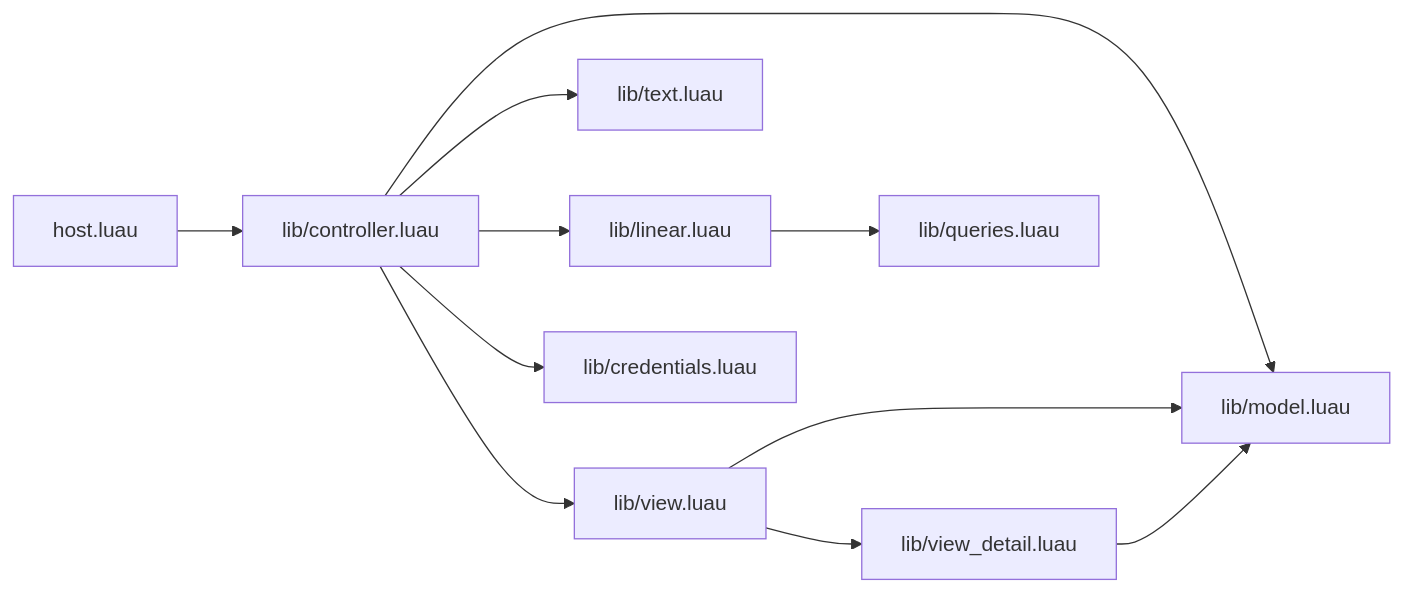
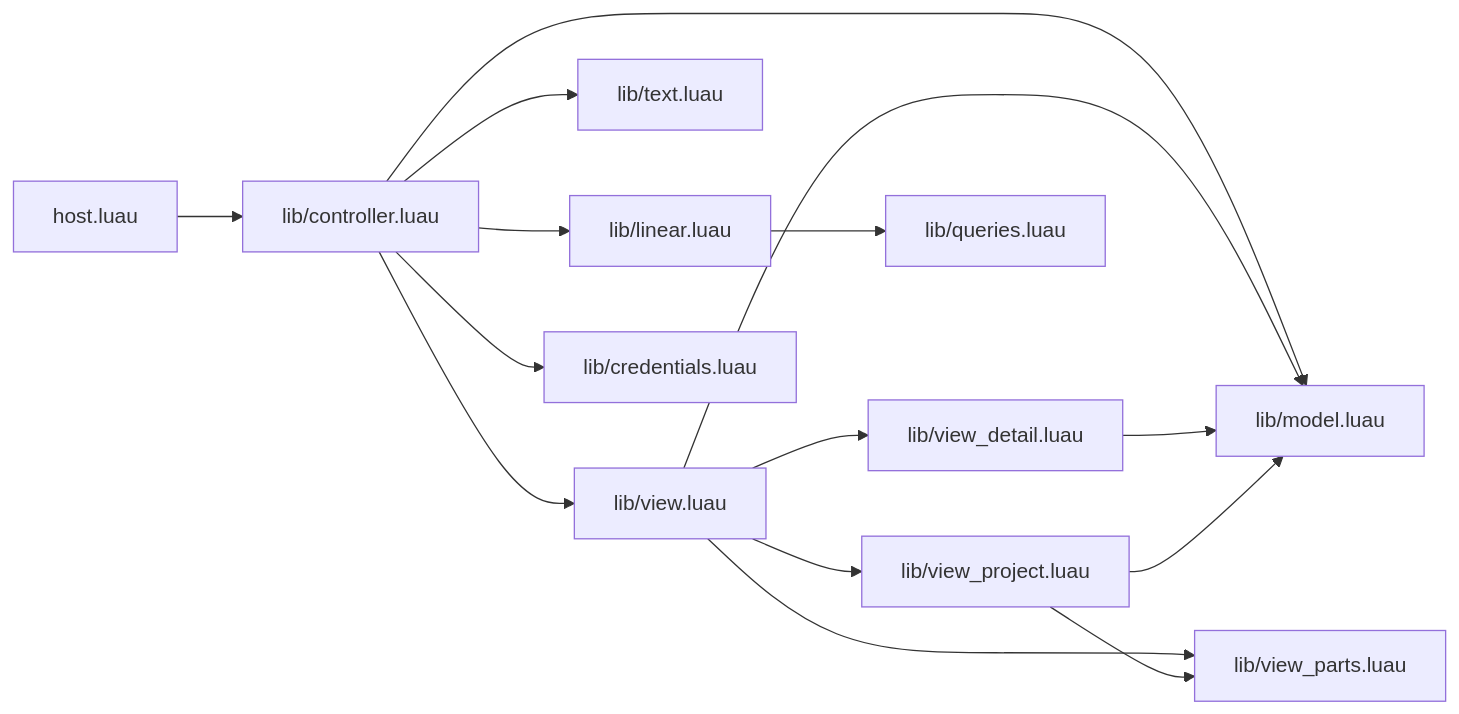
The diagram in docs/ARCHITECTURE.md (ImArtisann/tern-linear), drawn with Mermaid before and after one commit. The commit also changed other lines of this file and 3 other files, not shown here.

First line of the commit message:
docs: project page in the architecture contract, README and changelog

````diff
--- a/docs/ARCHITECTURE.md
+++ b/docs/ARCHITECTURE.md
@@ -7,13 +7,17 @@
 ```mermaid
 flowchart LR
   host[host.luau] --> ctl[lib/controller.luau]
   ctl --> view[lib/view.luau]
   view --> detail[lib/view_detail.luau]
+  view --> page[lib/view_project.luau]
+  view --> parts[lib/view_parts.luau]
+  page --> parts
   ctl --> model[lib/model.luau]
   ctl --> text[lib/text.luau]
   ctl --> linear[lib/linear.luau]
   ctl --> cred[lib/credentials.luau]
   linear --> queries[lib/queries.luau]
   view --> model
   detail --> model
+  page --> model
 ```
````
